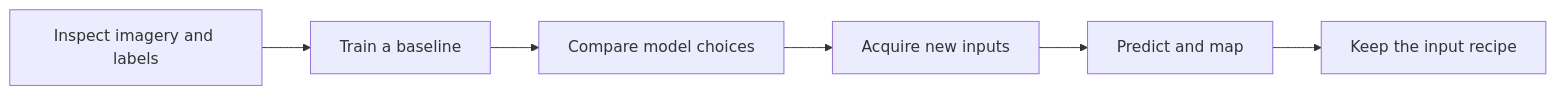
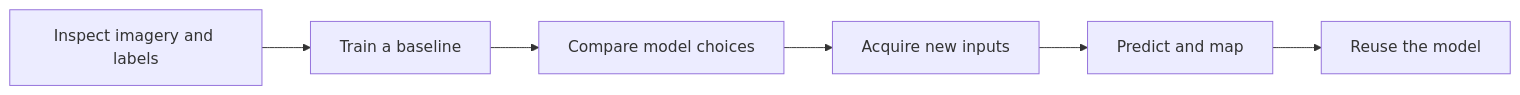
The diagram in docs/examples.md (weedkat/geosave), drawn with Mermaid before and after one commit. The commit also changed other lines of this file and 389 other files, not shown here.

````diff
--- a/docs/examples.md
+++ b/docs/examples.md
@@ -47,8 +44,8 @@
 ```mermaid
 flowchart LR
     A[Inspect imagery and labels] --> B[Train a baseline]
     B --> C[Compare model choices]
     C --> D[Acquire new inputs]
     D --> E[Predict and map]
-    E --> F[Keep the input recipe]
+    E --> F[Reuse the model]
 ```
````
